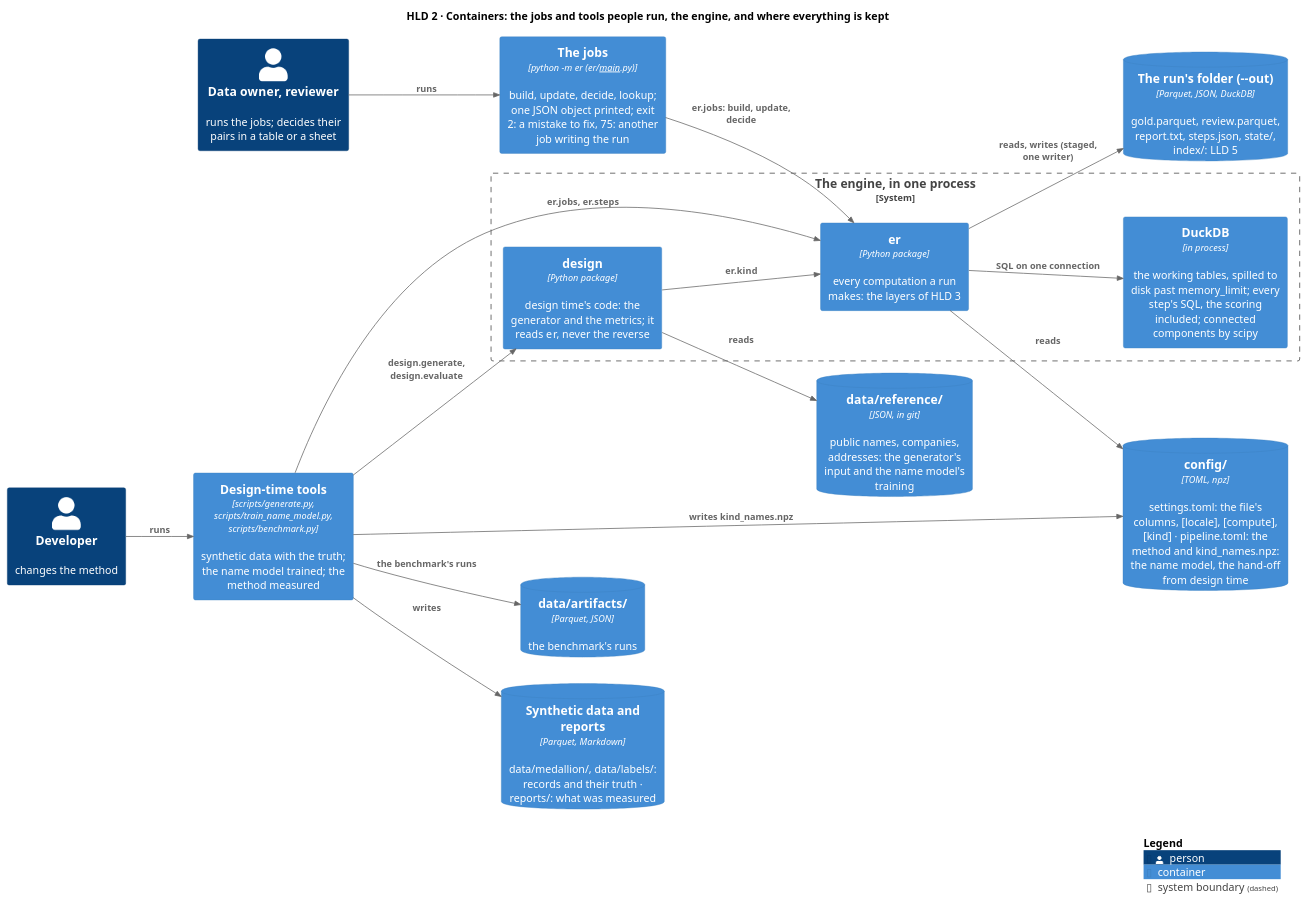
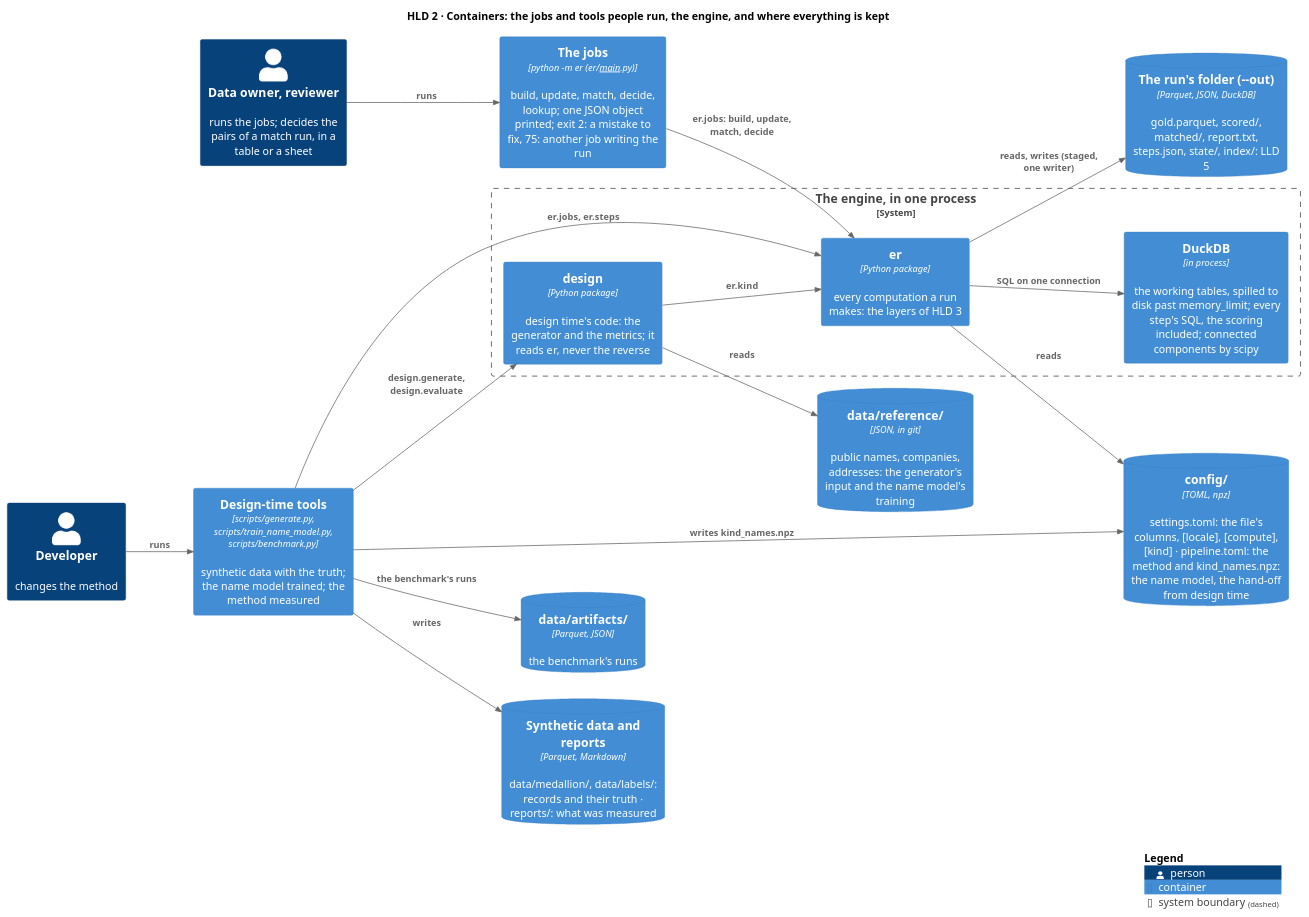
Before and after one commit to mvsbm/entity_matching: the diagram in docs/diagrams/containers.puml, drawn with PlantUML. The commit also changed 57 other files, not shown here.

```diff
--- a/docs/diagrams/containers.puml
+++ b/docs/diagrams/containers.puml
@@ -1,40 +1,40 @@
 @startuml containers
 !include <C4/C4_Container>
 LAYOUT_LEFT_RIGHT()
 HIDE_STEREOTYPE()
 title HLD 2 · Containers: the jobs and tools people run, the engine, and where everything is kept
 
-Person(owner, "Data owner, reviewer", "runs the jobs; decides their pairs in a table or a sheet")
+Person(owner, "Data owner, reviewer", "runs the jobs; decides the pairs of a match run, in a table or a sheet")
 Person(developer, "Developer", "changes the method")
 
-Container(runtime, "The jobs", "python -m er (er/__main__.py)", "build, update, decide, lookup; one JSON object printed; exit 2: a mistake to fix, 75: another job writing the run")
+Container(runtime, "The jobs", "python -m er (er/__main__.py)", "build, update, match, decide, lookup; one JSON object printed; exit 2: a mistake to fix, 75: another job writing the run")
 Container(designtime, "Design-time tools", "scripts/generate.py, scripts/train_name_model.py, scripts/benchmark.py", "synthetic data with the truth; the name model trained; the method measured")
 
 System_Boundary(engine, "The engine, in one process") {
   Container(er, "er", "Python package", "every computation a run makes: the layers of HLD 3")
   Container(designpkg, "design", "Python package", "design time's code: the generator and the metrics; it reads er, never the reverse")
   Container(duckdb, "DuckDB", "in process", "the working tables, spilled to disk past memory_limit; every step's SQL, the scoring included; connected components by scipy")
 }
 
 ContainerDb(config, "config/", "TOML, npz", "settings.toml: the file's columns, [locale], [compute], [kind] · pipeline.toml: the method and kind_names.npz: the name model, the hand-off from design time")
 ContainerDb(reference, "data/reference/", "JSON, in git", "public names, companies, addresses: the generator's input and the name model's training")
-ContainerDb(runfolder, "The run's folder (~--out)", "Parquet, JSON, DuckDB", "gold.parquet, review.parquet, report.txt, steps.json, state/, index/: LLD 5")
+ContainerDb(runfolder, "The run's folder (~--out)", "Parquet, JSON, DuckDB", "gold.parquet, scored/, matched/, report.txt, steps.json, state/, index/: LLD 5")
 ContainerDb(artifacts, "data/artifacts/", "Parquet, JSON", "the benchmark's runs")
 ContainerDb(synthetic, "Synthetic data and reports", "Parquet, Markdown", "data/medallion/, data/labels/: records and their truth · reports/: what was measured")
 
 Rel(owner, runtime, "runs")
 Rel(developer, designtime, "runs")
-Rel(runtime, er, "er.jobs: build, update, decide")
+Rel(runtime, er, "er.jobs: build, update, match, decide")
 Rel(designtime, designpkg, "design.generate, design.evaluate")
 Rel(designtime, er, "er.jobs, er.steps")
 Rel(designpkg, er, "er.kind")
 Rel(er, duckdb, "SQL on one connection")
 Rel(er, config, "reads")
 Rel(designpkg, reference, "reads")
 Rel(er, runfolder, "reads, writes (staged, one writer)")
 Rel(designtime, artifacts, "the benchmark's runs")
 Rel(designtime, synthetic, "writes")
 Rel(designtime, config, "writes kind_names.npz")
 
 SHOW_LEGEND()
 @enduml
```
